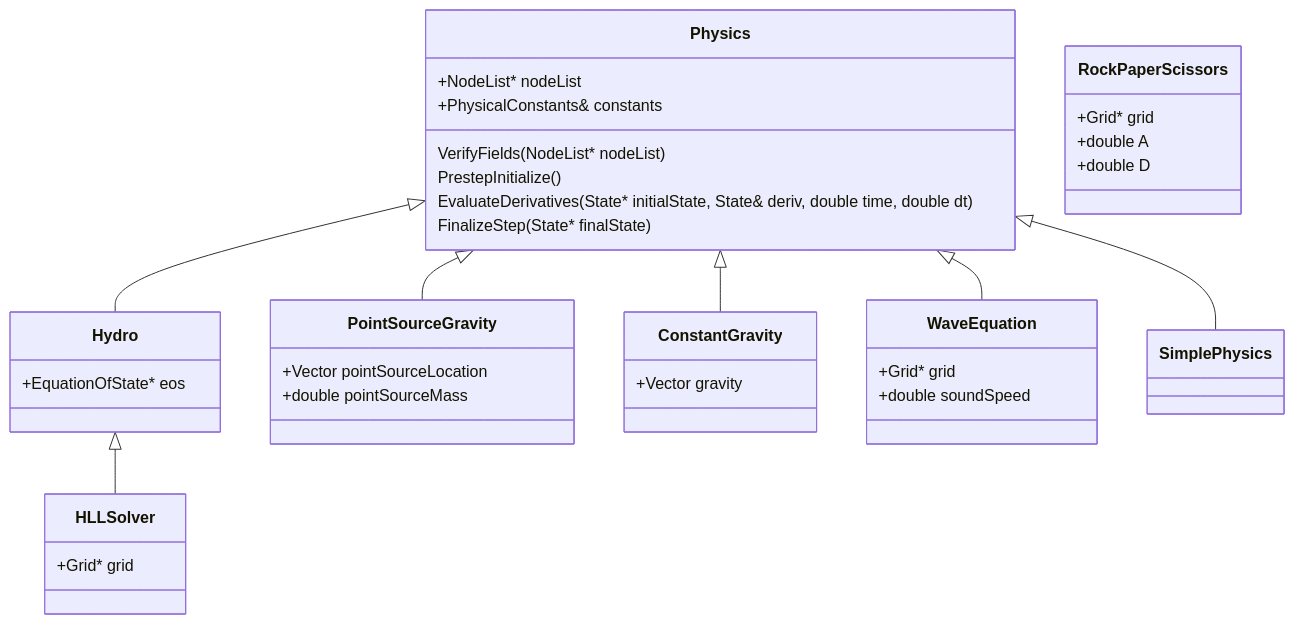
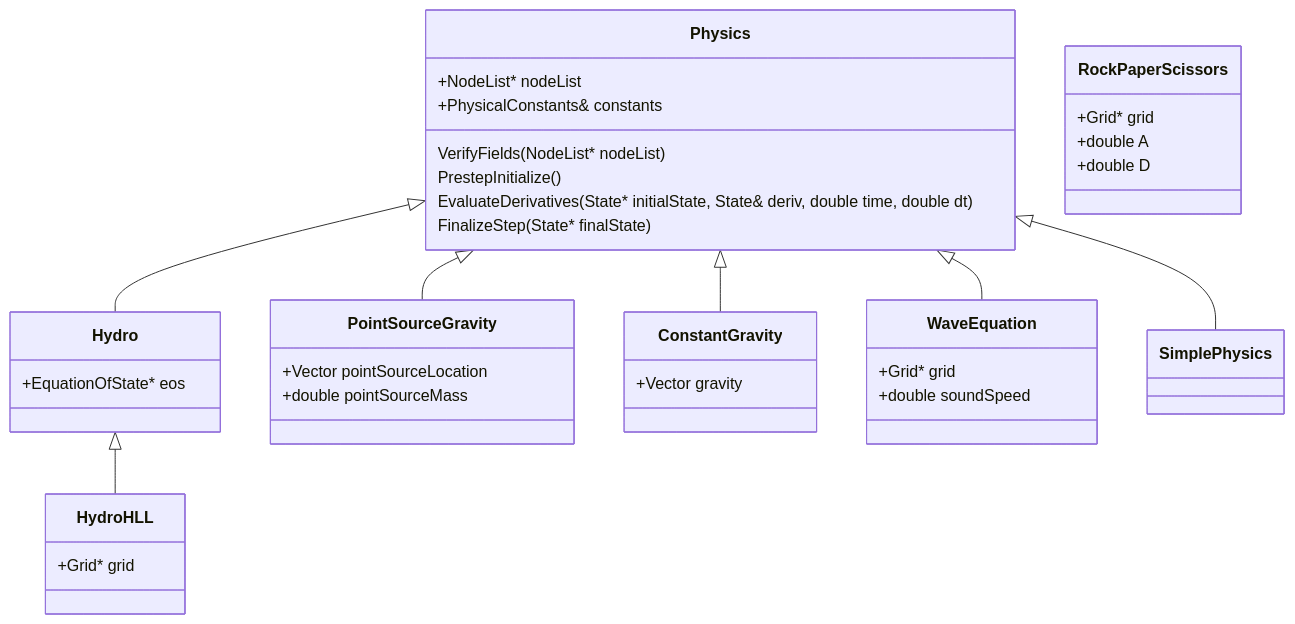
Before and after one commit to antimatterhorn/nidhoggr: the diagram in src/Physics/Classes.md, drawn with Mermaid. The commit also changed 5 other files, not shown here.

````diff
--- a/src/Physics/Classes.md
+++ b/src/Physics/Classes.md
@@ -2,40 +2,40 @@
 ```mermaid
 classDiagram
     Physics <|-- Hydro
     Physics <|-- PointSourceGravity
     Physics <|-- ConstantGravity
     Physics <|-- WaveEquation
     Physics : +NodeList* nodeList
     Physics : +PhysicalConstants& constants
     Physics : VerifyFields(NodeList* nodeList)
     Physics : PrestepInitialize()
     Physics : EvaluateDerivatives(State* initialState, State<dim>& deriv, double time, double dt)
     Physics : FinalizeStep(State* finalState)
     class PointSourceGravity{
         +Vector pointSourceLocation
         +double pointSourceMass
     }
     class ConstantGravity{
         +Vector gravity
     }
     class Hydro{
         +EquationOfState* eos
     }
     Physics <|-- SimplePhysics
     class SimplePhysics{
         
     }
     class WaveEquation{
         +Grid* grid
         +double soundSpeed
     }
     class RockPaperScissors{
         +Grid* grid
         +double A
         +double D
     }
-    Hydro <| -- HLLSolver
-    class HLLSolver{
+    Hydro <| -- HydroHLL
+    class HydroHLL{
         +Grid* grid
     }
 ```
````
